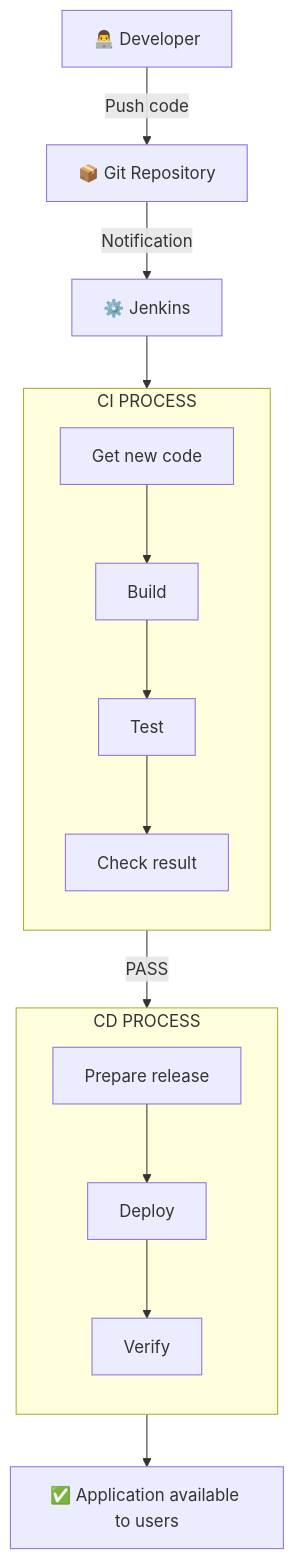
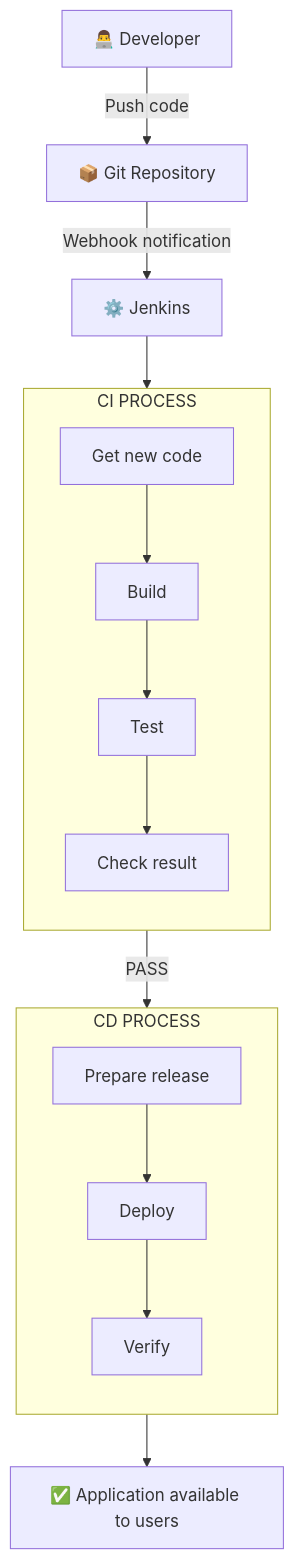
Before and after one commit to dev-vinay18/devops-notes: the diagram in jenkins/jenkins-notes/README.md, drawn with Mermaid. The commit also changed other lines of this file, not shown here.

First line of the commit message:
Clarify webhook notification in README

````diff
--- a/jenkins/jenkins-notes/README.md
+++ b/jenkins/jenkins-notes/README.md
@@ -21,20 +21,20 @@
 ```mermaid
 flowchart TD
     A[👨‍💻 Developer] -->|Push code| B[📦 Git Repository]
-    B -->|Notification| C[⚙️ Jenkins]
+    B -->|Webhook notification| C[⚙️ Jenkins]
     C --> D
 
     subgraph D [CI PROCESS]
         direction TB
         D1[Get new code] --> D2[Build] --> D3[Test] --> D4[Check result]
     end
 
     D -->|PASS| E
 
     subgraph E [CD PROCESS]
         direction TB
         E1[Prepare release] --> E2[Deploy] --> E3[Verify]
     end
 
     E --> F[✅ Application available to users]
 ```
````
